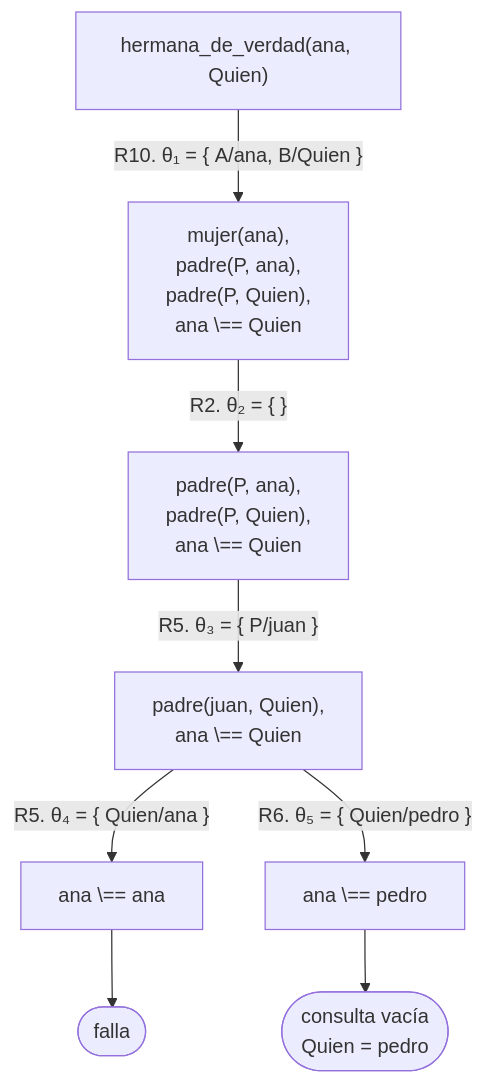
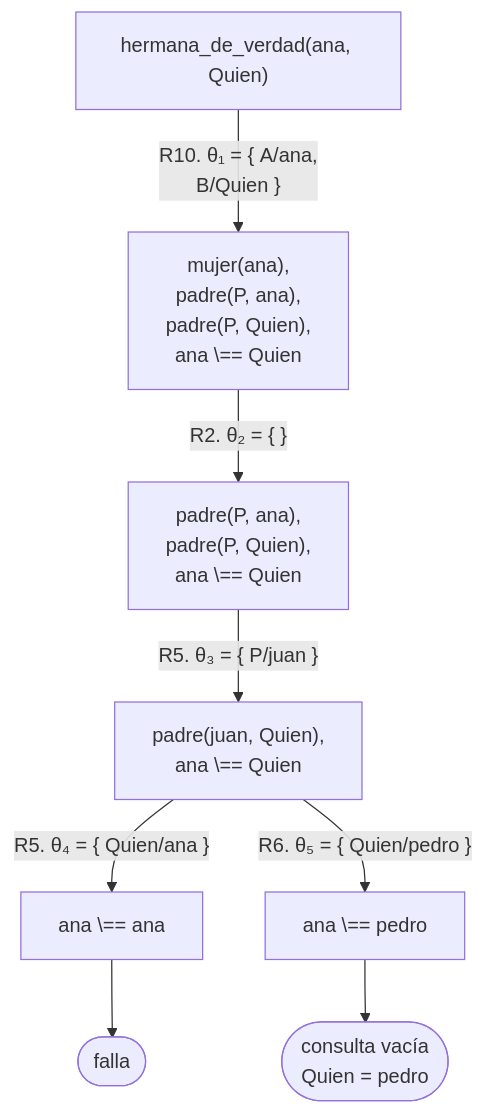
One commit to CesarBallardini/curso-de-prolog changed the seventh of 7 diagrams in docs/capitulo-03-reglas-y-conjunciones/index.md. Above: the diagram before and after it, drawn with Mermaid. The commit also changed other lines of this file and 24 other files, not shown here.

First line of the commit message:
feat(docs): botones para ocultar las columnas laterales y etiquetas cortas en los diagramas

````diff
--- a/docs/capitulo-03-reglas-y-conjunciones/index.md
+++ b/docs/capitulo-03-reglas-y-conjunciones/index.md
@@ -615,10 +615,10 @@
 ```mermaid
 flowchart TD
-    A["hermana_de_verdad(ana, Quien)"] -- "R10. θ₁ = {&nbsp;A/ana, B/Quien&nbsp;}" --> B["mujer(ana),<br/>padre(P, ana),<br/>padre(P, Quien),<br/>ana \== Quien"]
+    A["hermana_de_verdad(ana, Quien)"] -- "R10. θ₁ = {&nbsp;A/ana,<br/>B/Quien&nbsp;}" --> B["mujer(ana),<br/>padre(P, ana),<br/>padre(P, Quien),<br/>ana \== Quien"]
     B -- "R2. θ₂ = {&nbsp;}" --> C["padre(P, ana),<br/>padre(P, Quien),<br/>ana \== Quien"]
     C -- "R5. θ₃ = {&nbsp;P/juan&nbsp;}" --> D["padre(juan, Quien),<br/>ana \== Quien"]
     D -- "R5. θ₄ = {&nbsp;Quien/ana&nbsp;}" --> E["ana \== ana"]
     D -- "R6. θ₅ = {&nbsp;Quien/pedro&nbsp;}" --> G["ana \== pedro"]
     E --> F(["falla"])
     G --> S(["consulta vacía<br/>Quien = pedro"])
 ```
````
